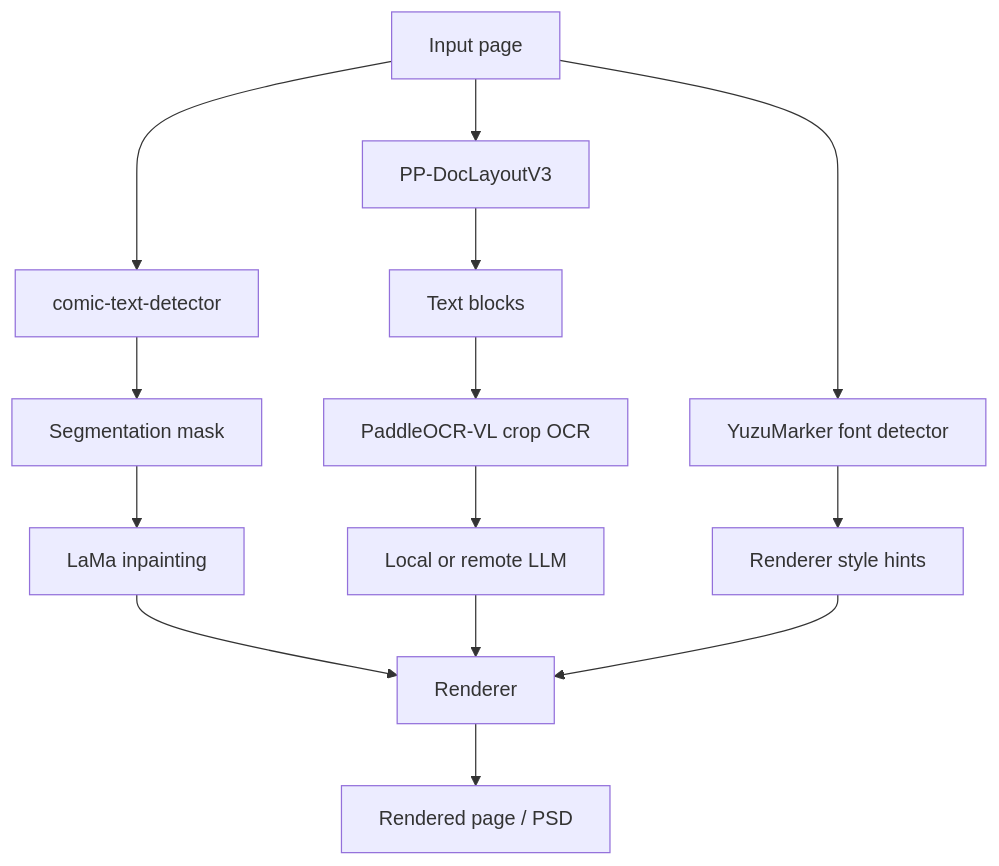
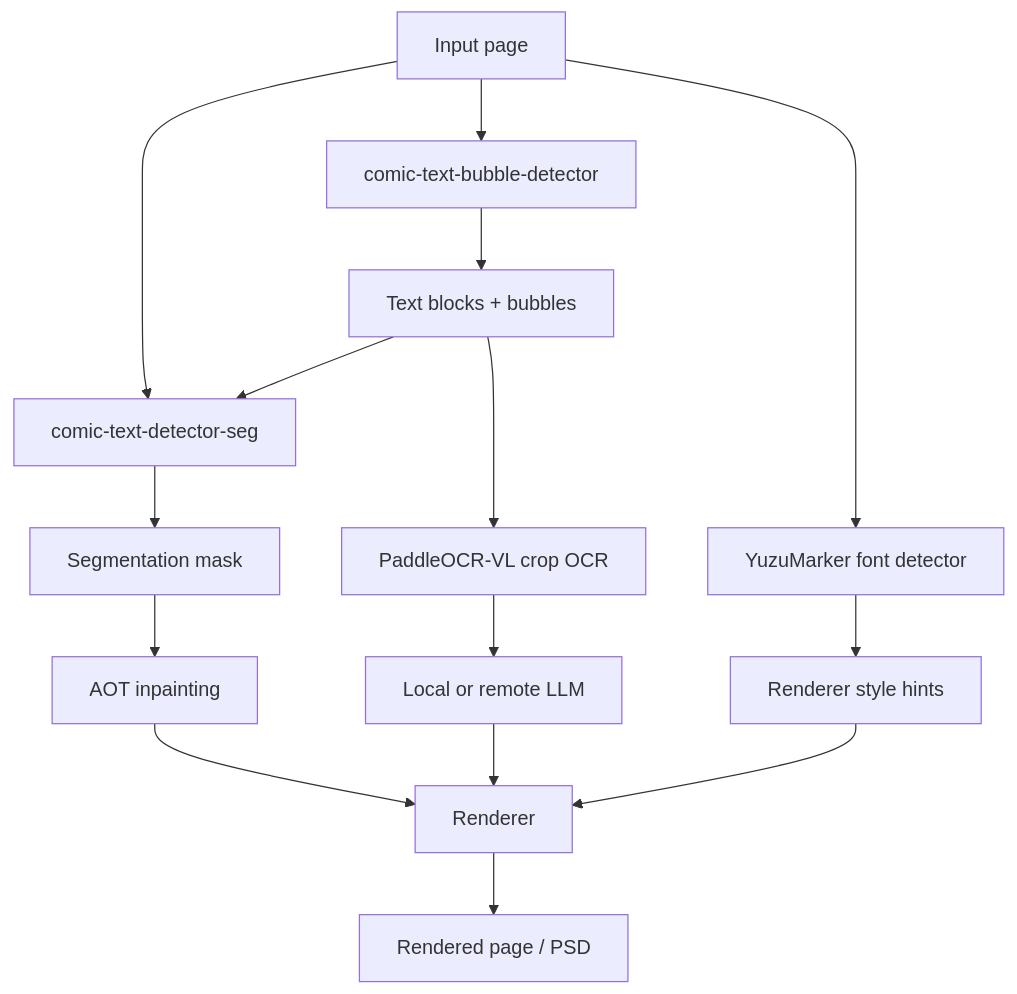
The first of 2 diagrams in docs/en-US/explanation/technical-deep-dive.md (mayocream/koharu), drawn with Mermaid before and after one commit. The commit also changed other lines of this file and 12 other files, not shown here.

````diff
--- a/docs/en-US/explanation/technical-deep-dive.md
+++ b/docs/en-US/explanation/technical-deep-dive.md
@@ -11,16 +11,17 @@
 ```mermaid
 flowchart TD
-    A[Input page] --> B[PP-DocLayoutV3]
-    A --> C[comic-text-detector]
-    B --> D[Text blocks]
+    A[Input page] --> B[comic-text-bubble-detector]
+    A --> C[comic-text-detector-seg]
+    B --> D[Text blocks + bubbles]
     C --> E[Segmentation mask]
     A --> F[YuzuMarker font detector]
+    D --> C
     D --> G[PaddleOCR-VL crop OCR]
-    E --> H[LaMa inpainting]
+    E --> H[AOT inpainting]
     G --> I[Local or remote LLM]
     F --> J[Renderer style hints]
     H --> K[Renderer]
     I --> K
     J --> K
     K --> L[Rendered page / PSD]
 ```
````
